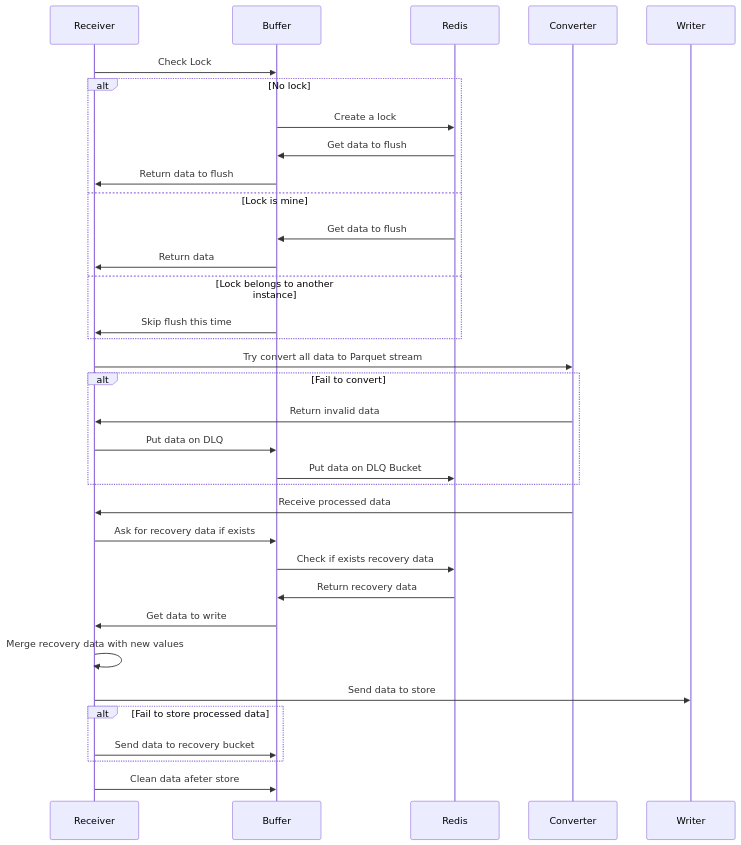
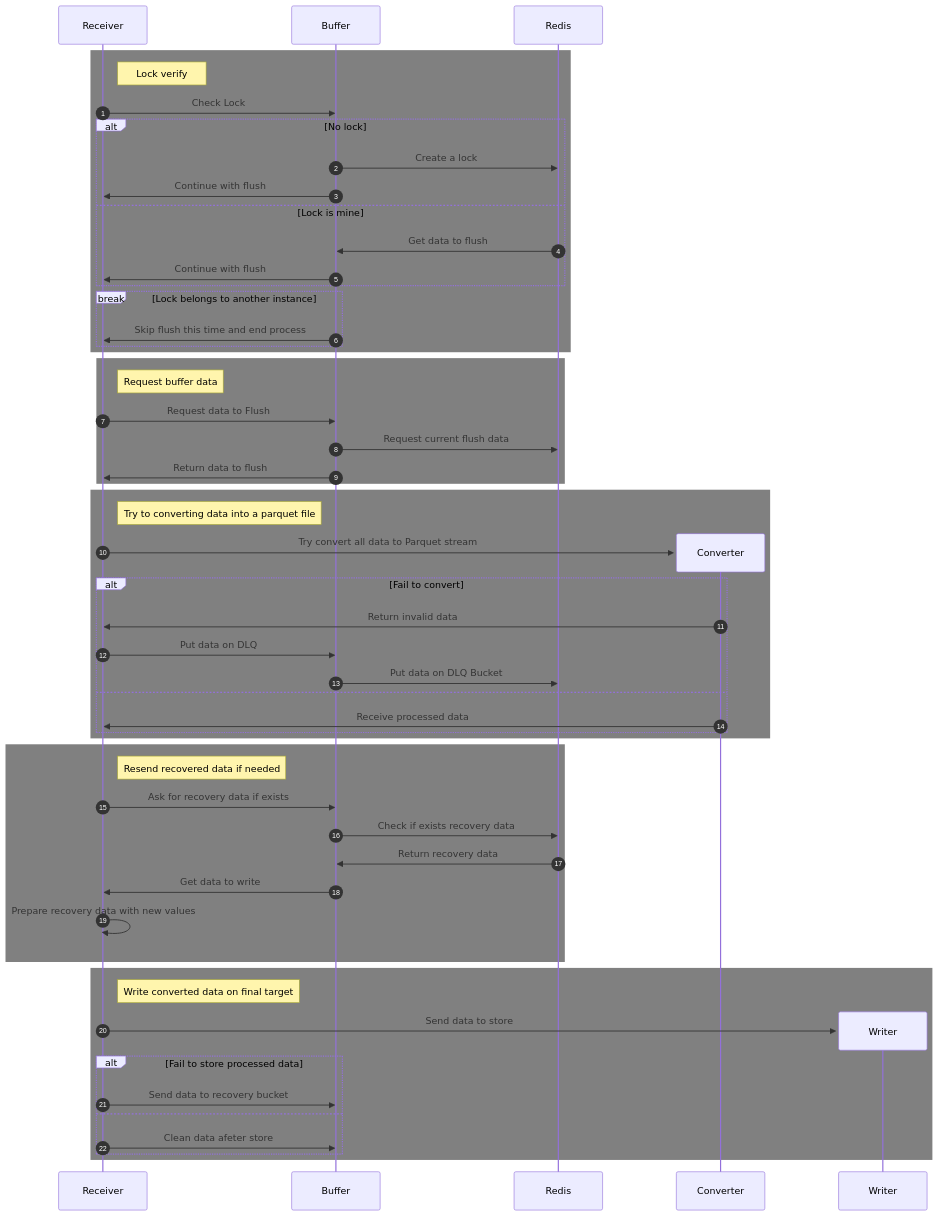
One commit to RafaelFino/Data2Parquet-go changed the second of 2 diagrams in README.md. Above: the diagram before and after it, drawn with Mermaid. The commit also changed other lines of this file and 1 other file, not shown here.

Commit message:
Imp - Improve README.md

````diff
--- a/README.md
+++ b/README.md
@@ -28,41 +31,62 @@
 ```mermaid
 sequenceDiagram
+	autonumber
     participant Receiver
-    participant Buffer
-    participant Redis
-    participant Converter    
-	participant Writer
+    participant Buffer    	
 
-	Receiver->>Buffer: Check Lock
-	alt No lock
-		Buffer->>Redis: Create a lock
-		Redis->>Buffer: Get data to flush
-		Buffer->>Receiver: Return data to flush
-    else Lock is mine
-		Redis->>Buffer: Get data to flush
-        Buffer->>Receiver: Return data		
-    else Lock belongs to another instance
-        Buffer->>Receiver: Skip flush this time
-    end
-	
-	Receiver->>Converter: Try convert all data to Parquet stream	
-	alt Fail to convert
-		Converter->>Receiver: Return invalid data
-		Receiver->>Buffer: Put data on DLQ
-		Buffer->>Redis: Put data on DLQ Bucket
+	rect gray
+	note right of Receiver: Lock verify
+		Receiver->>Buffer: Check Lock
+		create participant Redis
+		alt No lock
+			Buffer->>Redis: Create a lock
+			Buffer->>Receiver: Continue with flush
+		else Lock is mine
+			Redis->>Buffer: Get data to flush		
+			Buffer->>Receiver: Continue with flush
+		end
+		break Lock belongs to another instance
+			Buffer->>Receiver: Skip flush this time and end process
+		end
 	end
 	
-	Converter->>Receiver: Receive processed data
-	Receiver->>Buffer: Ask for recovery data if exists
-	Buffer->>Redis: Check if exists recovery data
-	Redis->>Buffer: Return recovery data
-	Buffer->>Receiver: Get data to write
-	Receiver->>Receiver: Merge recovery data with new values
-	Receiver->>Writer: Send data to store
+	rect gray
+	note right of Receiver: Request buffer data
+		Receiver->>Buffer: Request data to Flush
+		Buffer->>Redis: Request current flush data
+		Buffer->>Receiver: Return data to flush		
+	end
+
+	rect gray
+	note right of Receiver: Try to converting data into a parquet file
+		create participant Converter
+		Receiver->>Converter: Try convert all data to Parquet stream	
+		alt Fail to convert
+			Converter->>Receiver: Return invalid data
+			Receiver->>Buffer: Put data on DLQ
+			Buffer->>Redis: Put data on DLQ Bucket
+		else
+			Converter->>Receiver: Receive processed data
+		end
+	end
 	
-	alt Fail to store processed data
-		Receiver->>Buffer: Send data to recovery bucket
+	rect gray
+	note right of Receiver: Resend recovered data if needed
+		Receiver->>Buffer: Ask for recovery data if exists
+		Buffer->>Redis: Check if exists recovery data
+		Redis->>Buffer: Return recovery data
+		Buffer->>Receiver: Get data to write
+		Receiver->>Receiver: Prepare recovery data with new values
 	end
-	Receiver->>Buffer: Clean data afeter store
-
+	
+	rect gray
+	note right of Receiver: Write converted data on final target	
+		create participant Writer
+		Receiver->>Writer: Send data to store
+		alt Fail to store processed data
+			Receiver->>Buffer: Send data to recovery bucket
+		else
+			Receiver->>Buffer: Clean data afeter store
+		end
+	end
 ```
````
